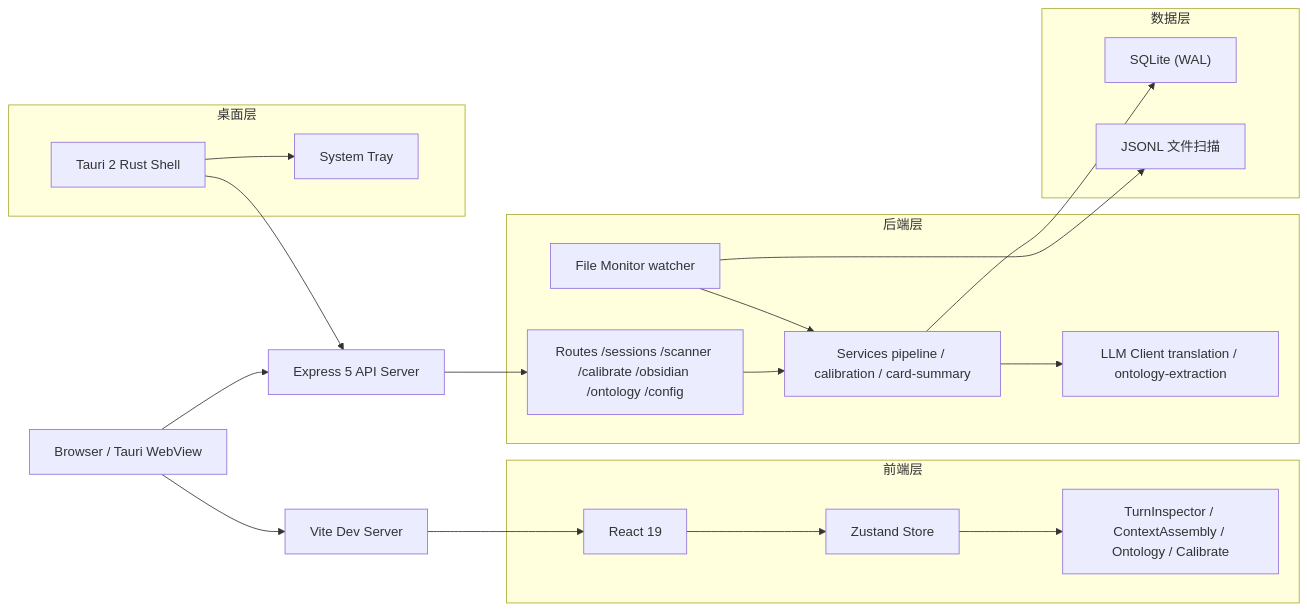
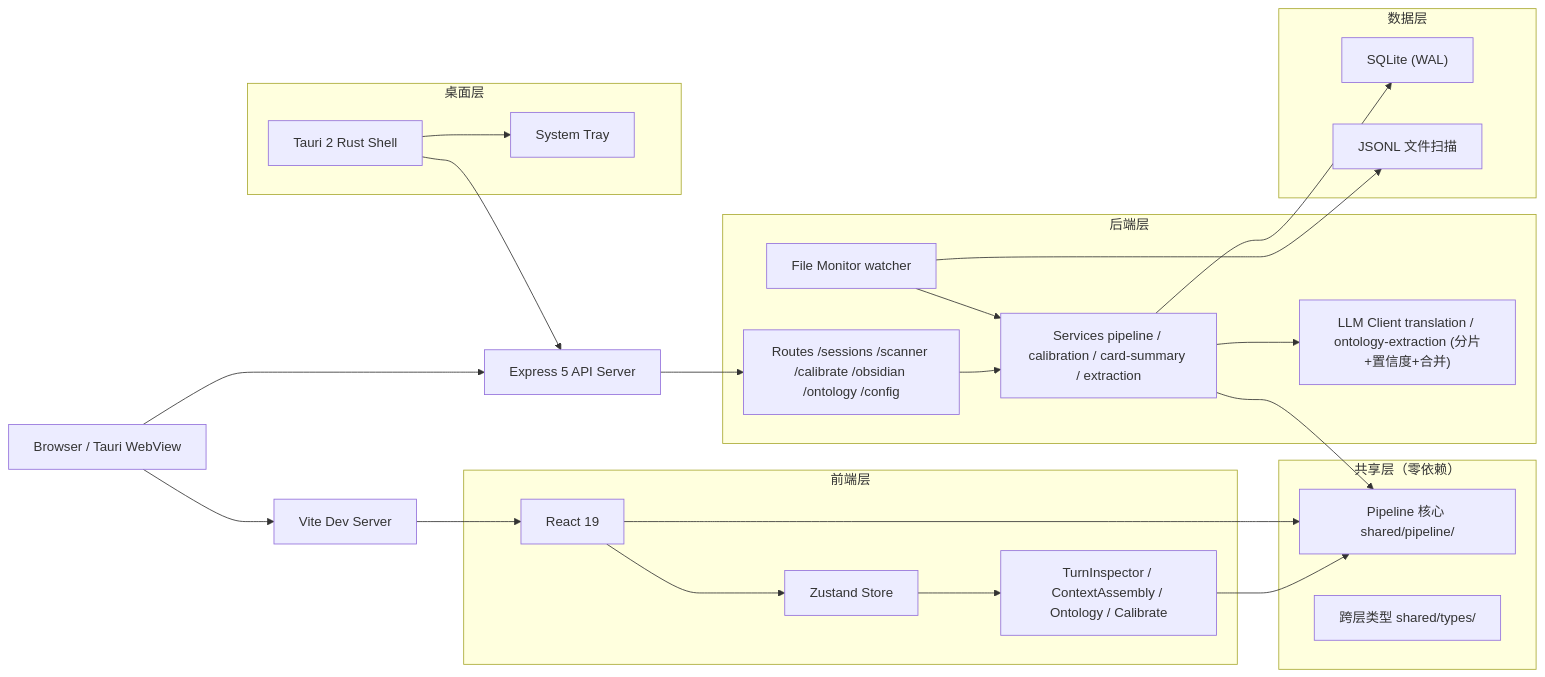
One commit to ghoshadow/llm-context-viz changed the diagram in README.md. Above: the diagram before and after it, drawn with Mermaid. The commit also changed other lines of this file and 6 other files, not shown here.

````diff
--- a/README.md
+++ b/README.md
@@ -29,42 +30,50 @@
 ```mermaid
 flowchart LR
     Browser["Browser / Tauri WebView"] --> Vite["Vite Dev Server"]
     Browser --> Express["Express 5 API Server"]
 
     subgraph Frontend["前端层"]
         React["React 19"]
         Zustand["Zustand Store"]
         Pages["TurnInspector / ContextAssembly / Ontology / Calibrate"]
     end
 
+    subgraph Shared["共享层（零依赖）"]
+        Pipeline["Pipeline 核心 shared/pipeline/"]
+        Types["跨层类型 shared/types/"]
+    end
+
     subgraph Backend["后端层"]
         Routes["Routes /sessions /scanner /calibrate /obsidian /ontology /config"]
-        Services["Services pipeline / calibration / card-summary"]
-        LLM["LLM Client translation / ontology-extraction"]
+        Services["Services pipeline / calibration / card-summary / extraction"]
+        LLM["LLM Client translation / ontology-extraction (分片+置信度+合并)"]
         Monitor["File Monitor watcher"]
     end
 
     subgraph Data["数据层"]
         SQLite["SQLite (WAL)"]
         JSONL["JSONL 文件扫描"]
     end
 
     subgraph Desktop["桌面层"]
         Tauri["Tauri 2 Rust Shell"]
         Tray["System Tray"]
     end
 
     Vite --> React
     React --> Zustand
     Zustand --> Pages
 
+    Pages --> Pipeline
+    React --> Pipeline
     Express --> Routes
     Routes --> Services
+    Services --> Pipeline
     Services --> LLM
     Services --> SQLite
     Monitor --> JSONL
     Monitor --> Services
 
     Tauri --> Express
     Tauri --> Tray
 ```
````
